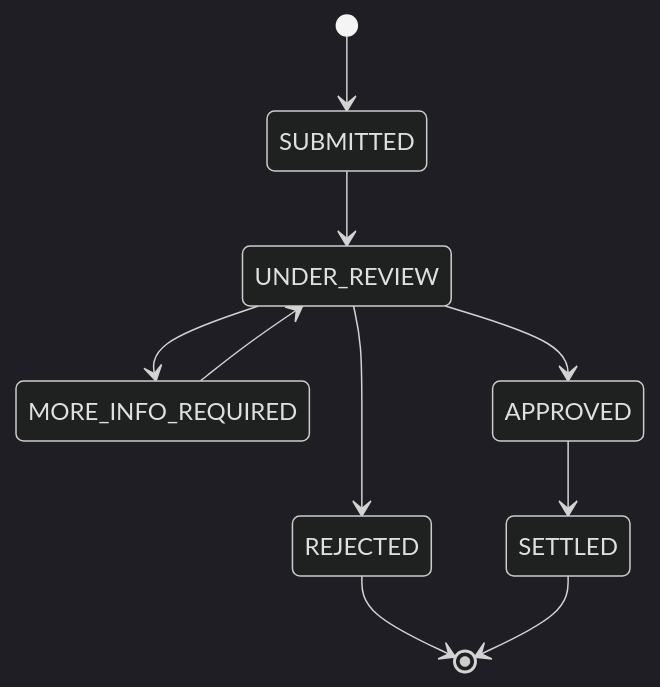
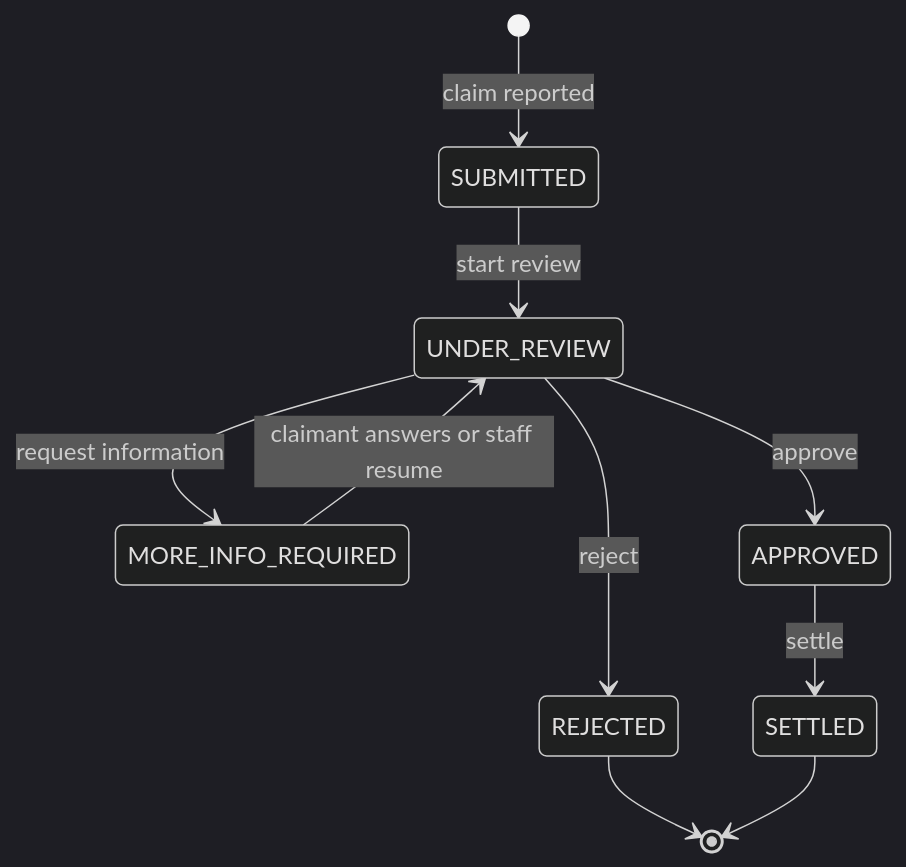
Before and after one commit to kunaparida/chubb-claims-project: the second of 2 diagrams in README.md, drawn with Mermaid (dark theme). The commit also changed other lines of this file and 1 other file, not shown here.

````diff
--- a/README.md
+++ b/README.md
@@ -70,12 +74,12 @@
 ```mermaid
 stateDiagram-v2
-    [*] --> SUBMITTED
-    SUBMITTED --> UNDER_REVIEW
-    UNDER_REVIEW --> MORE_INFO_REQUIRED
-    MORE_INFO_REQUIRED --> UNDER_REVIEW
-    UNDER_REVIEW --> APPROVED
-    UNDER_REVIEW --> REJECTED
-    APPROVED --> SETTLED
+    [*] --> SUBMITTED: claim reported
+    SUBMITTED --> UNDER_REVIEW: start review
+    UNDER_REVIEW --> MORE_INFO_REQUIRED: request information
+    MORE_INFO_REQUIRED --> UNDER_REVIEW: claimant answers or staff resume
+    UNDER_REVIEW --> APPROVED: approve
+    UNDER_REVIEW --> REJECTED: reject
+    APPROVED --> SETTLED: settle
     REJECTED --> [*]
     SETTLED --> [*]
 ```
````
